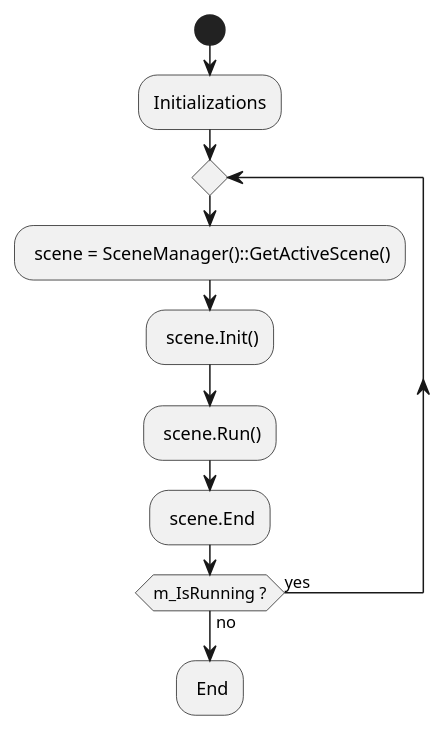
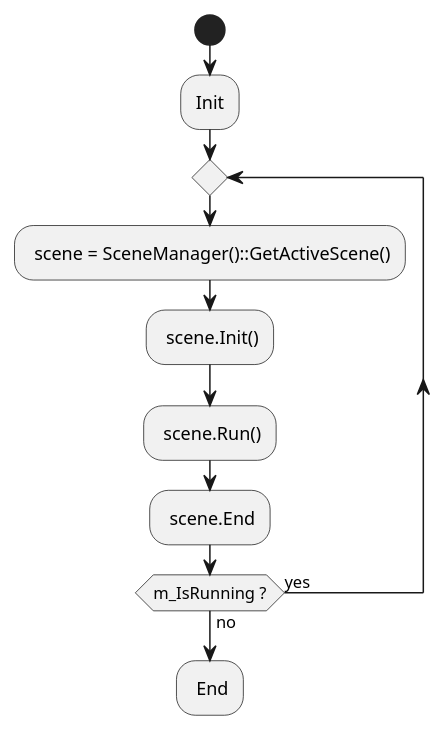
One commit to filhoDaMain/Coconuts2D changed the diagram in docs/plantuml/Application.plantuml. Above: the diagram before and after it, drawn with PlantUML. The commit also changed 3 other files, not shown here.

Commit message:
Update Architecture

```diff
--- a/docs/plantuml/Application.plantuml
+++ b/docs/plantuml/Application.plantuml
@@ -1,16 +1,16 @@
 @startuml Application
 
 start
 
-:Initializations;
+:Init;
 
 repeat
   : scene = SceneManager()::GetActiveScene();
   : scene.Init();
   : scene.Run();
   : scene.End;
 repeat while (m_IsRunning ?) is (yes) not (no)
 
   : End;
 
 @enduml
```
